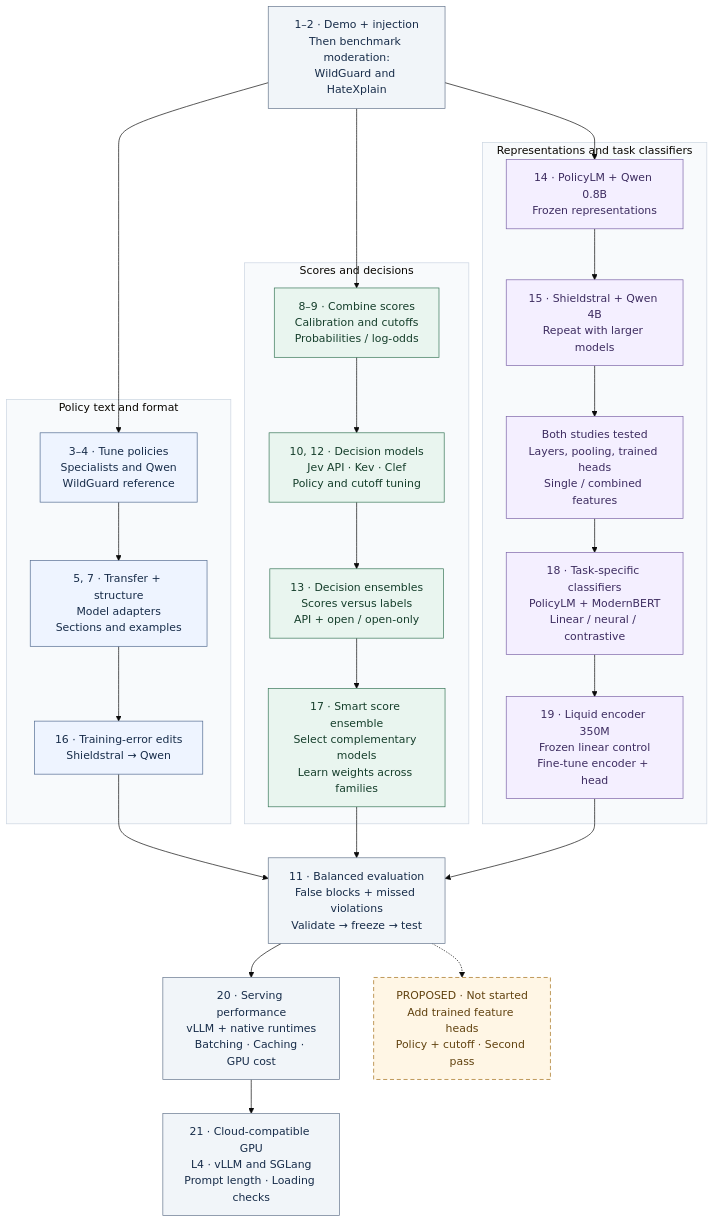
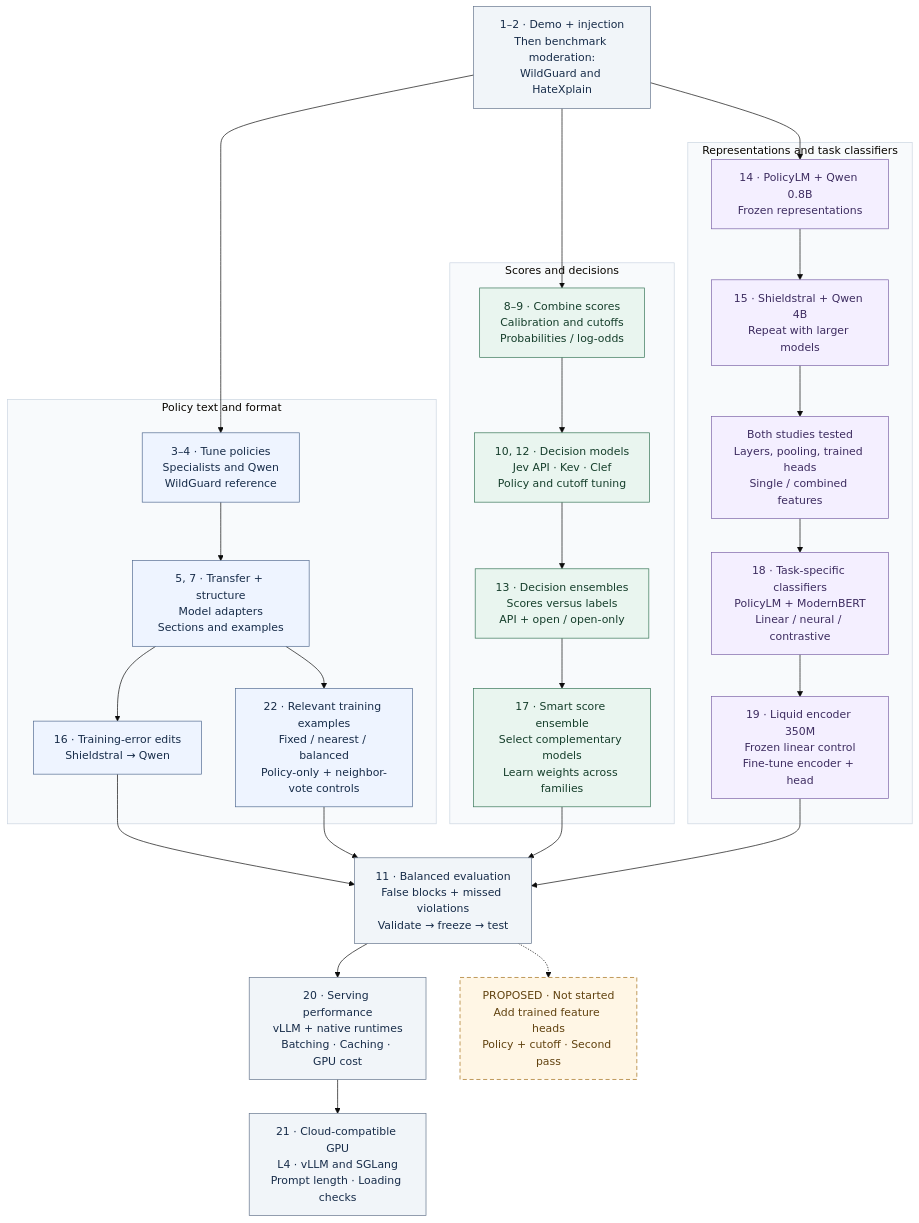
One commit to harshsinghal/safeguard-eval changed the diagram in README.md. Above: the diagram before and after it, drawn with Mermaid (base theme). The commit also changed other lines of this file and 114 other files, not shown here.

````diff
--- a/README.md
+++ b/README.md
@@ -21,53 +21,56 @@
 ```mermaid
 flowchart TB
     START["1–2 · Demo + injection<br/>Then benchmark moderation:<br/>WildGuard and HateXplain"]
 
     subgraph POLICY["Policy text and format"]
         P1["3–4 · Tune policies<br/>Specialists and Qwen<br/>WildGuard reference"]
         P2["5, 7 · Transfer + structure<br/>Model adapters<br/>Sections and examples"]
         P3["16 · Training-error edits<br/>Shieldstral → Qwen"]
+        P4["22 · Relevant training examples<br/>Fixed / nearest / balanced<br/>Policy-only + neighbor-vote controls"]
         P1 --> P2 --> P3
+        P2 --> P4
     end
 
     subgraph SCORES["Scores and decisions"]
         S1["8–9 · Combine scores<br/>Calibration and cutoffs<br/>Probabilities / log-odds"]
         S2["10, 12 · Decision models<br/>Jev API · Kev · Clef<br/>Policy and cutoff tuning"]
         S3["13 · Decision ensembles<br/>Scores versus labels<br/>API + open / open-only"]
         S4["17 · Smart score ensemble<br/>Select complementary models<br/>Learn weights across families"]
         S1 --> S2 --> S3 --> S4
     end
 
     subgraph FEATURES["Representations and task classifiers"]
         F1["14 · PolicyLM + Qwen 0.8B<br/>Frozen representations"]
         F2["15 · Shieldstral + Qwen 4B<br/>Repeat with larger models"]
         F3["Both studies tested<br/>Layers, pooling, trained heads<br/>Single / combined features"]
         F4["18 · Task-specific classifiers<br/>PolicyLM + ModernBERT<br/>Linear / neural / contrastive"]
         F5["19 · Liquid encoder 350M<br/>Frozen linear control<br/>Fine-tune encoder + head"]
         F1 --> F2 --> F3 --> F4 --> F5
     end
 
     START --> P1
     START --> S1
     START --> F1
     P3 --> EVIDENCE
+    P4 --> EVIDENCE
     S4 --> EVIDENCE
     F5 --> EVIDENCE
     EVIDENCE["11 · Balanced evaluation<br/>False blocks + missed violations<br/>Validate → freeze → test"]
     EVIDENCE --> SERVING["20 · Serving performance<br/>vLLM + native runtimes<br/>Batching · Caching · GPU cost"]
     SERVING --> CLOUD["21 · Cloud-compatible GPU<br/>L4 · vLLM and SGLang<br/>Prompt length · Loading checks"]
     EVIDENCE -.-> NEXT["PROPOSED · Not started<br/>Add trained feature heads<br/>Policy + cutoff · Second pass"]
 
     classDef neutral fill:#f1f5f9,stroke:#64748b,color:#172c49;
     classDef policy fill:#eef4ff,stroke:#526b91,color:#172c49;
     classDef scores fill:#e9f5ef,stroke:#367556,color:#153e2b;
     classDef features fill:#f4efff,stroke:#7b63a8,color:#3d2c60;
     classDef proposed fill:#fff6e5,stroke:#a36e16,color:#61420f,stroke-dasharray:6 4;
     class START,EVIDENCE,SERVING,CLOUD neutral;
-    class P1,P2,P3 policy;
+    class P1,P2,P3,P4 policy;
     class S1,S2,S3,S4 scores;
     class F1,F2,F3,F4,F5 features;
     class NEXT proposed;
     style POLICY fill:#f8fafc,stroke:#cbd5e1
     style SCORES fill:#f8fafc,stroke:#cbd5e1
     style FEATURES fill:#f8fafc,stroke:#cbd5e1
 ```
````
